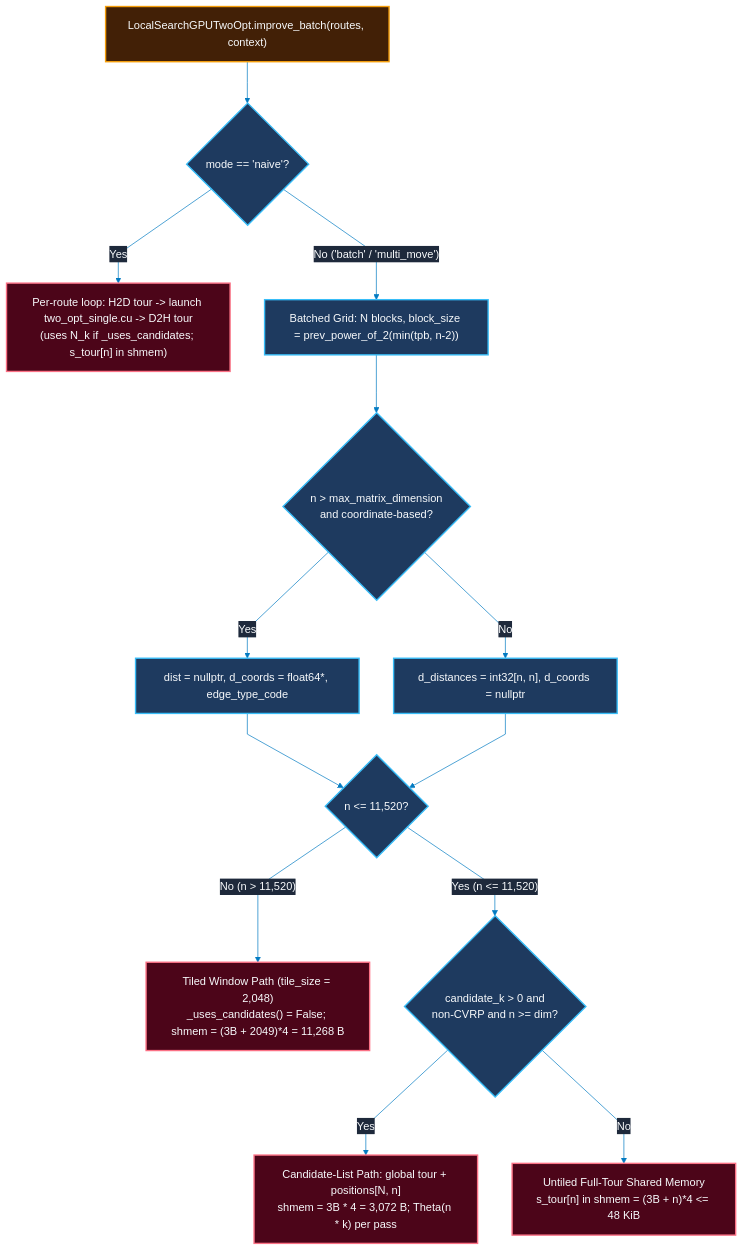
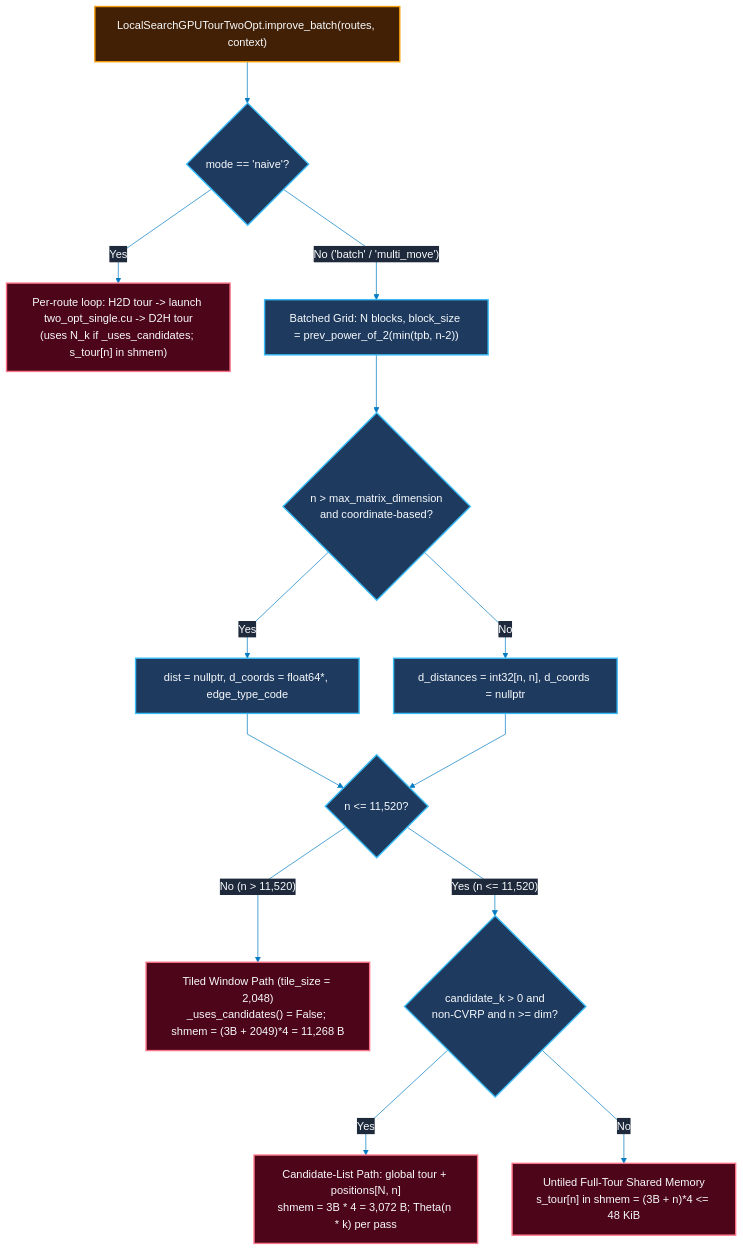
Before and after one commit to lucasgaldinos/tsp_gpu_clean: the third of 3 diagrams in documentation/analysis/guide-architecture-algorithms-and-strategies.md, drawn with Mermaid. The commit also changed other lines of this file and 122 other files, not shown here.

````diff
--- a/documentation/analysis/guide-architecture-algorithms-and-strategies.md
+++ b/documentation/analysis/guide-architecture-algorithms-and-strategies.md
@@ -337,54 +337,54 @@
 ```mermaid
 ---
 config:
   theme: base
   themeVariables:
     darkMode: true
     background: "#0F172A"
     mainBkg: "#1E293B"
     primaryColor: "#1E293B"
     primaryTextColor: "#F8FAFC"
     primaryBorderColor: "#38BDF8"
     secondaryColor: "#1E3A5F"
     secondaryTextColor: "#F8FAFC"
     secondaryBorderColor: "#60A5FA"
     tertiaryColor: "#172554"
     tertiaryTextColor: "#F8FAFC"
     tertiaryBorderColor: "#818CF8"
     lineColor: "#027BC2"
     edgeLabelBackground: "#1E293B"
     textColor: "#F8FAFC"
     nodeTextColor: "#F8FAFC"
     clusterBkg: "#0F172A"
     clusterBorder: "#64748B"
     titleColor: "#F8FAFC"
   flowchart:
     nodeSpacing: 50
     rankSpacing: 60
     padding: 16
     wrappingWidth: 260
     curve: "linear"
 ---
 flowchart TD
     classDef entry fill:#422006,stroke:#F59E0B,color:#F8FAFC,stroke-width:2px;
     classDef decision fill:#1E3A5F,stroke:#38BDF8,color:#F8FAFC,stroke-width:2px;
     classDef kernel fill:#4C0519,stroke:#FB7185,color:#F8FAFC,stroke-width:2px;
 
-    ENTRY["LocalSearchGPUTwoOpt.improve_batch(routes, context)"]:::entry --> MODE{"mode == 'naive'?"}:::decision
+    ENTRY["LocalSearchGPUTourTwoOpt.improve_batch(routes, context)"]:::entry --> MODE{"mode == 'naive'?"}:::decision
 
     MODE -- "Yes" --> NAIVE["Per-route loop: H2D tour -> launch two_opt_single.cu -> D2H tour<br/>(uses N_k if _uses_candidates; s_tour[n] in shmem)"]:::kernel
     MODE -- "No ('batch' / 'multi_move')" --> GRID["Batched Grid: N blocks, block_size = prev_power_of_2(min(tpb, n-2))"]:::decision
 
     GRID --> DIST{"n > max_matrix_dimension<br/>and coordinate-based?"}:::decision
     DIST -- "Yes" --> OTF["dist = nullptr, d_coords = float64*, edge_type_code"]:::decision
     DIST -- "No" --> MAT["d_distances = int32[n, n], d_coords = nullptr"]:::decision
 
     OTF --> MEM
     MAT --> MEM{"n <= 11,520?"}:::decision
 
     MEM -- "No (n > 11,520)" --> TILED["Tiled Window Path (tile_size = 2,048)<br/>_uses_candidates() = False; shmem = (3B + 2049)*4 = 11,268 B"]:::kernel
     MEM -- "Yes (n <= 11,520)" --> CAND{"candidate_k > 0 and<br/>non-CVRP and n >= dim?"}:::decision
 
     CAND -- "Yes" --> CANDK["Candidate-List Path: global tour + positions[N, n]<br/>shmem = 3B * 4 = 3,072 B; Theta(n * k) per pass"]:::kernel
     CAND -- "No" --> UNTILED["Untiled Full-Tour Shared Memory<br/>s_tour[n] in shmem = (3B + n)*4 <= 48 KiB"]:::kernel
 ```
````
